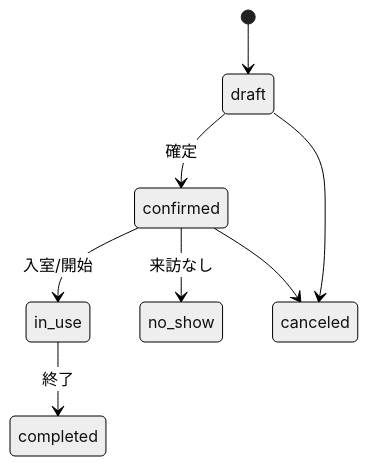
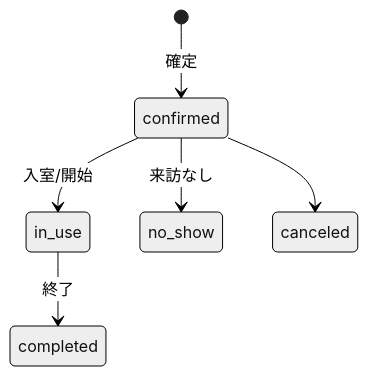
One commit to hira777/pulseboard changed the diagram in docs/db/reservations.md. Above: the diagram before and after it, drawn with Mermaid (neutral theme). The commit also changed other lines of this file and 6 other files, not shown here.

````diff
--- a/docs/db/reservations.md
+++ b/docs/db/reservations.md
@@ -63,10 +62,8 @@
 ```mermaid
 stateDiagram-v2
-  [*] --> draft
-  draft --> confirmed: 確定
+  [*] --> confirmed: 確定
   confirmed --> in_use: 入室/開始
   in_use --> completed: 終了
   confirmed --> no_show: 来訪なし
-  draft --> canceled
   confirmed --> canceled
 ```
````
